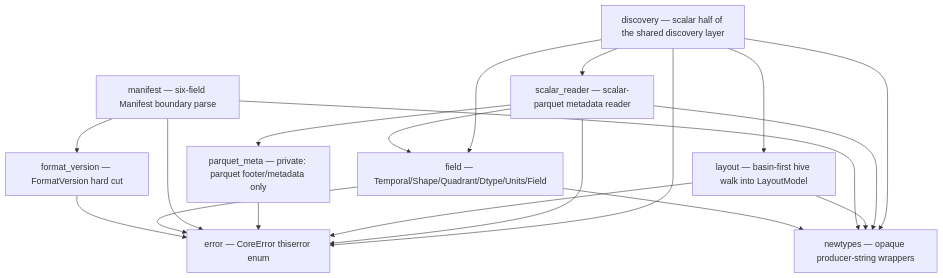
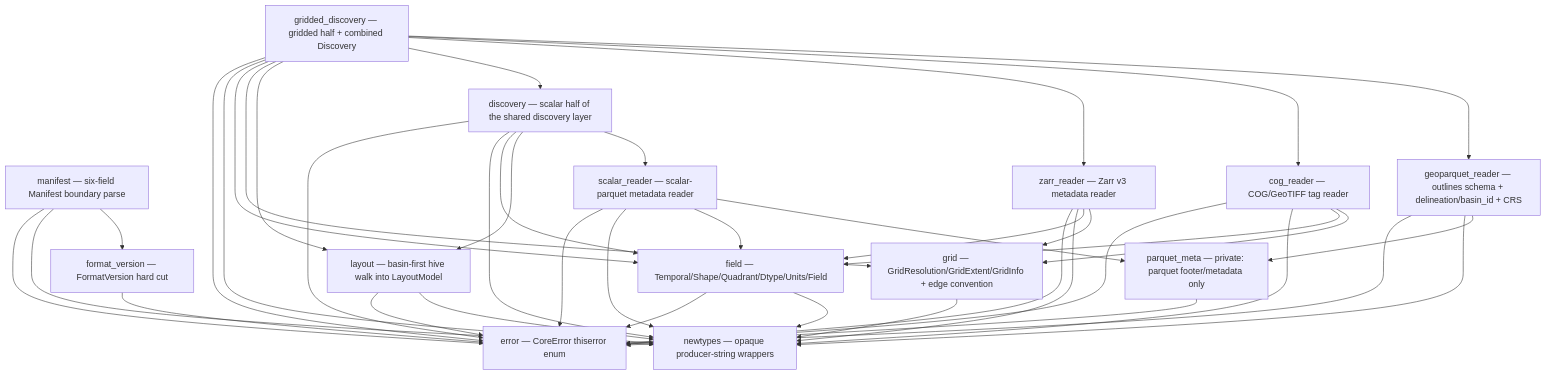
Before and after one commit to CooperBigFoot/hdx: the diagram in crates/core/README.md, drawn with Mermaid. The commit also changed other lines of this file and 4 other files, not shown here.

First line of the commit message:
feat(core): assemble gridded/geometry discovery half with coinciding G2 extents

````diff
--- a/crates/core/README.md
+++ b/crates/core/README.md
@@ -58,32 +71,59 @@
 ```mermaid
 graph TD
     newtypes[newtypes — opaque producer-string wrappers]
     error[error — CoreError thiserror enum]
     format_version[format_version — FormatVersion hard cut]
     field[field — Temporal/Shape/Quadrant/Dtype/Units/Field]
+    grid[grid — GridResolution/GridExtent/GridInfo + edge convention]
     manifest[manifest — six-field Manifest boundary parse]
     parquet_meta[parquet_meta — private: parquet footer/metadata only]
     layout[layout — basin-first hive walk into LayoutModel]
     scalar_reader[scalar_reader — scalar-parquet metadata reader]
     discovery[discovery — scalar half of the shared discovery layer]
+    zarr_reader[zarr_reader — Zarr v3 metadata reader]
+    cog_reader[cog_reader — COG/GeoTIFF tag reader]
+    geoparquet_reader[geoparquet_reader — outlines schema + delineation/basin_id + CRS]
+    gridded_discovery[gridded_discovery — gridded half + combined Discovery]
 
     format_version --> error
     field --> error
     field --> newtypes
+    grid --> newtypes
     manifest --> error
     manifest --> newtypes
     manifest --> format_version
 
     parquet_meta --> error
     layout --> error
     layout --> newtypes
     scalar_reader --> error
     scalar_reader --> newtypes
     scalar_reader --> field
     scalar_reader --> parquet_meta
     discovery --> error
     discovery --> newtypes
     discovery --> field
     discovery --> layout
     discovery --> scalar_reader
+
+    zarr_reader --> error
+    zarr_reader --> newtypes
+    zarr_reader --> field
+    zarr_reader --> grid
+    cog_reader --> error
+    cog_reader --> newtypes
+    cog_reader --> field
+    cog_reader --> grid
+    geoparquet_reader --> error
+    geoparquet_reader --> newtypes
+    geoparquet_reader --> parquet_meta
+    gridded_discovery --> error
+    gridded_discovery --> newtypes
+    gridded_discovery --> field
+    gridded_discovery --> grid
+    gridded_discovery --> layout
+    gridded_discovery --> discovery
+    gridded_discovery --> zarr_reader
+    gridded_discovery --> cog_reader
+    gridded_discovery --> geoparquet_reader
 ```
````
